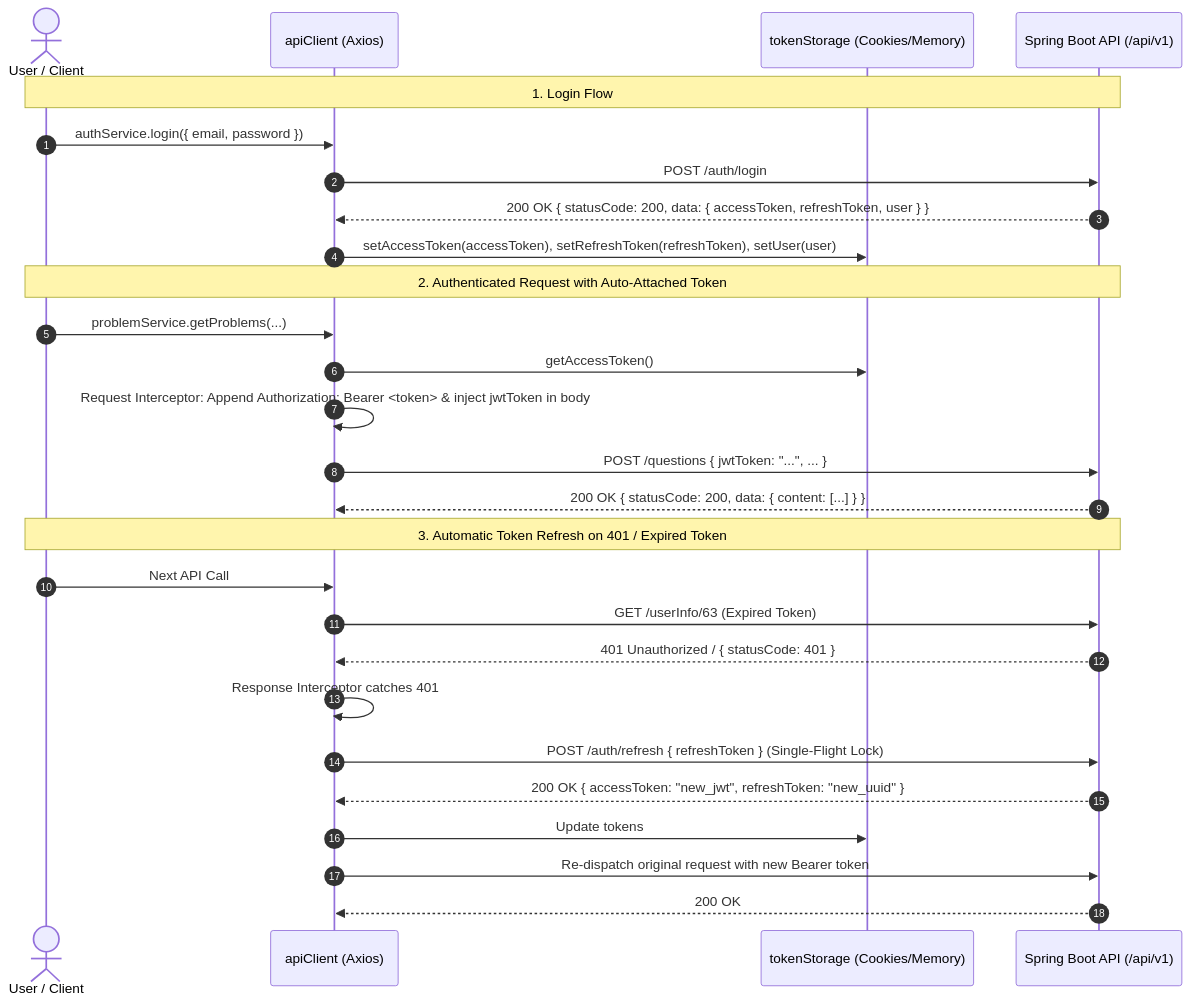
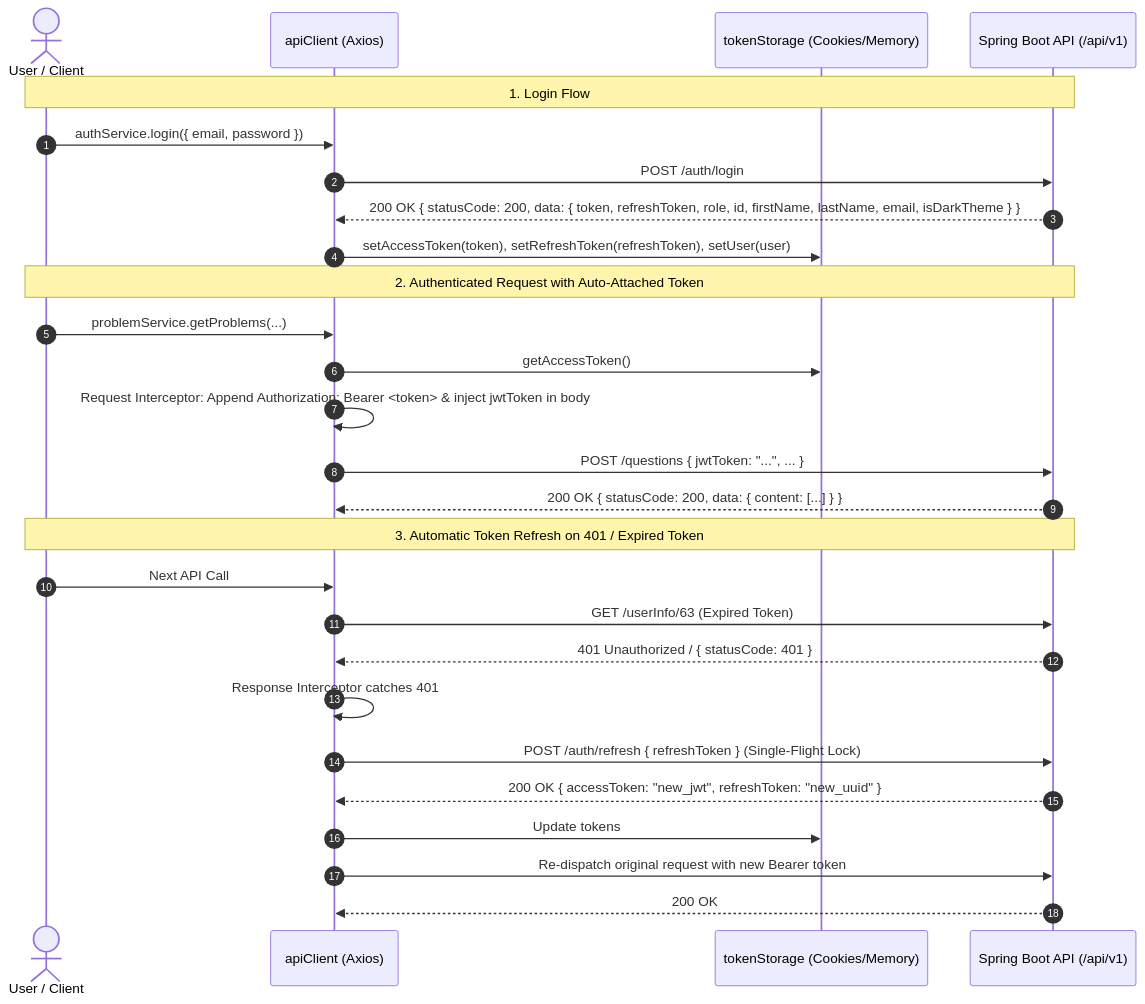
One commit to Jagadeesh913/Connect2Coode changed the diagram in docs/project/05_api_contracts_and_security.md. Above: the diagram before and after it, drawn with Mermaid. The commit also changed other lines of this file and 36 other files, not shown here.

Commit message:
fix: align API-driven user and admin flows

````diff
--- a/docs/project/05_api_contracts_and_security.md
+++ b/docs/project/05_api_contracts_and_security.md
@@ -25,32 +25,32 @@
 ```mermaid
 sequenceDiagram
     autonumber
     actor User as User / Client
     participant Client as apiClient (Axios)
     participant Storage as tokenStorage (Cookies/Memory)
     participant API as Spring Boot API (/api/v1)
 
     Note over User,API: 1. Login Flow
     User->>Client: authService.login({ email, password })
     Client->>API: POST /auth/login
-    API-->>Client: 200 OK { statusCode: 200, data: { accessToken, refreshToken, user } }
-    Client->>Storage: setAccessToken(accessToken), setRefreshToken(refreshToken), setUser(user)
+    API-->>Client: 200 OK { statusCode: 200, data: { token, refreshToken, role, id, firstName, lastName, email, isDarkTheme } }
+    Client->>Storage: setAccessToken(token), setRefreshToken(refreshToken), setUser(user)
 
     Note over User,API: 2. Authenticated Request with Auto-Attached Token
     User->>Client: problemService.getProblems(...)
     Client->>Storage: getAccessToken()
     Client->>Client: Request Interceptor: Append Authorization: Bearer <token> & inject jwtToken in body
     Client->>API: POST /questions { jwtToken: "...", ... }
     API-->>Client: 200 OK { statusCode: 200, data: { content: [...] } }
 
     Note over User,API: 3. Automatic Token Refresh on 401 / Expired Token
     User->>Client: Next API Call
     Client->>API: GET /userInfo/63 (Expired Token)
     API-->>Client: 401 Unauthorized / { statusCode: 401 }
     Client->>Client: Response Interceptor catches 401
     Client->>API: POST /auth/refresh { refreshToken } (Single-Flight Lock)
     API-->>Client: 200 OK { accessToken: "new_jwt", refreshToken: "new_uuid" }
     Client->>Storage: Update tokens
     Client->>API: Re-dispatch original request with new Bearer token
     API-->>Client: 200 OK
 ```
````
